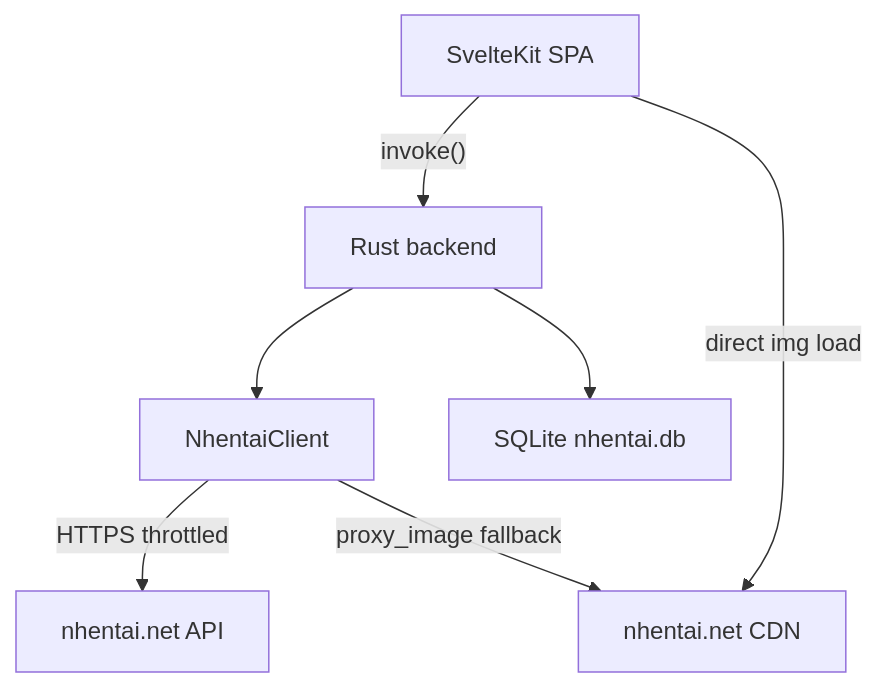
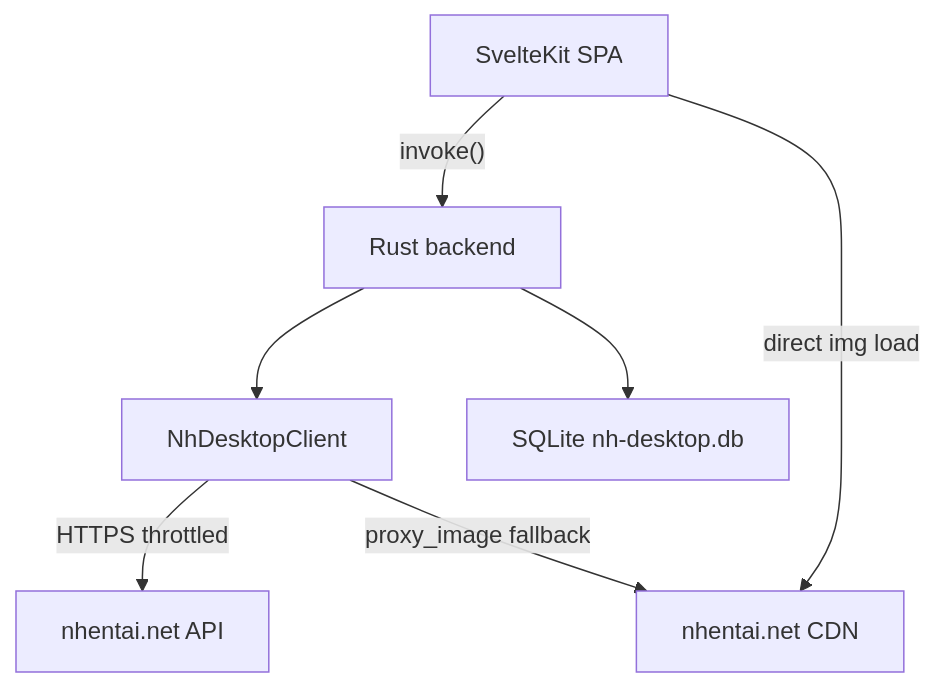
The diagram in wiki/Architecture.md (HELIX-Origin/nhentai-desktop), drawn with Mermaid before and after one commit. The commit also changed other lines of this file and 105 other files, not shown here.

````diff
--- a/wiki/Architecture.md
+++ b/wiki/Architecture.md
@@ -7,9 +7,9 @@
 ```mermaid
 flowchart TD
     A[SvelteKit SPA] -->|"invoke()"| B[Rust backend]
     A -->|"direct img load"| E[nhentai.net CDN]
-    B --> C[NhentaiClient]
+    B --> C[NhDesktopClient]
     C -->|"HTTPS throttled"| D[nhentai.net API]
     C -->|"proxy_image fallback"| E
-    B --> F[SQLite nhentai.db]
+    B --> F[SQLite nh-desktop.db]
 ```
````
